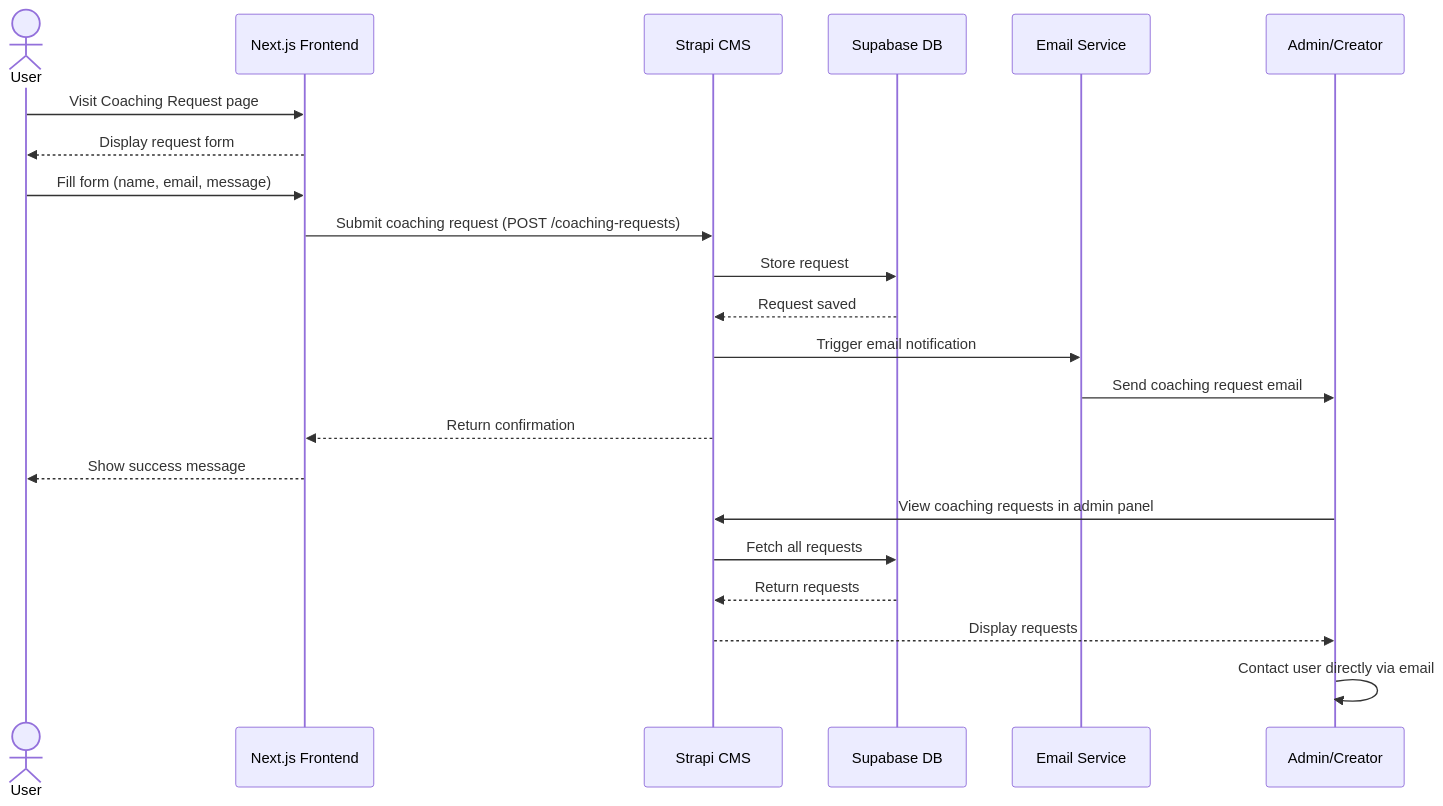
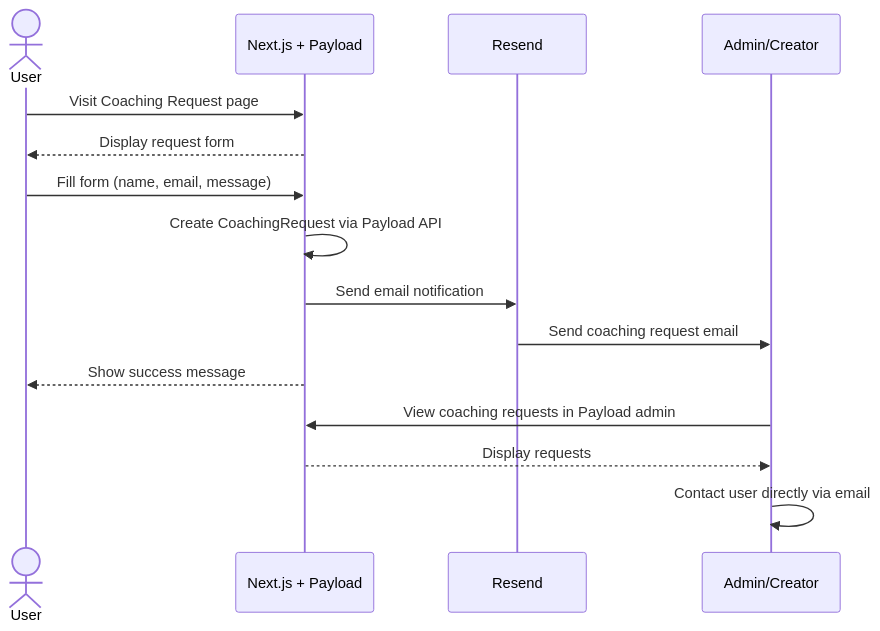
The third of 3 diagrams in .spec/ARCHITECTURE.md (nureaknit-source/nureaknit), drawn with Mermaid before and after one commit. The commit also changed other lines of this file and 55 other files, not shown here.

Commit message:
setup payload admin panel

````diff
--- a/.spec/ARCHITECTURE.md
+++ b/.spec/ARCHITECTURE.md
@@ -128,26 +128,19 @@
 ```mermaid
 sequenceDiagram
     actor User
-    participant Frontend as Next.js Frontend
-    participant Strapi as Strapi CMS
-    participant Supabase as Supabase DB
-    participant Email as Email Service
+    participant Frontend as Next.js + Payload
+    participant Email as Resend
     participant Admin as Admin/Creator
-    
+
     User->>Frontend: Visit Coaching Request page
     Frontend-->>User: Display request form
     User->>Frontend: Fill form (name, email, message)
-    Frontend->>Strapi: Submit coaching request (POST /coaching-requests)
-    Strapi->>Supabase: Store request
-    Supabase-->>Strapi: Request saved
-    Strapi->>Email: Trigger email notification
+    Frontend->>Frontend: Create CoachingRequest via Payload API
+    Frontend->>Email: Send email notification
     Email->>Admin: Send coaching request email
-    Strapi-->>Frontend: Return confirmation
     Frontend-->>User: Show success message
-    
-    Admin->>Strapi: View coaching requests in admin panel
-    Strapi->>Supabase: Fetch all requests
-    Supabase-->>Strapi: Return requests
-    Strapi-->>Admin: Display requests
+
+    Admin->>Frontend: View coaching requests in Payload admin
+    Frontend-->>Admin: Display requests
     Admin->>Admin: Contact user directly via email
 ```
````
